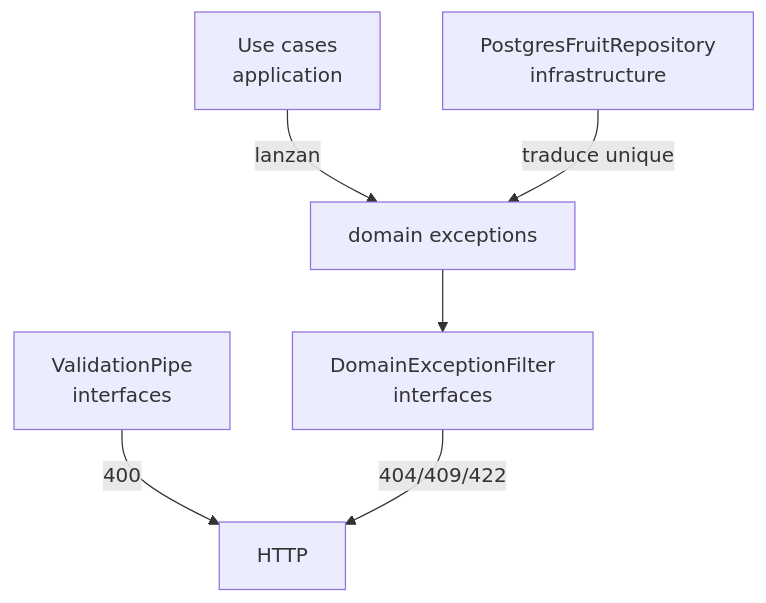
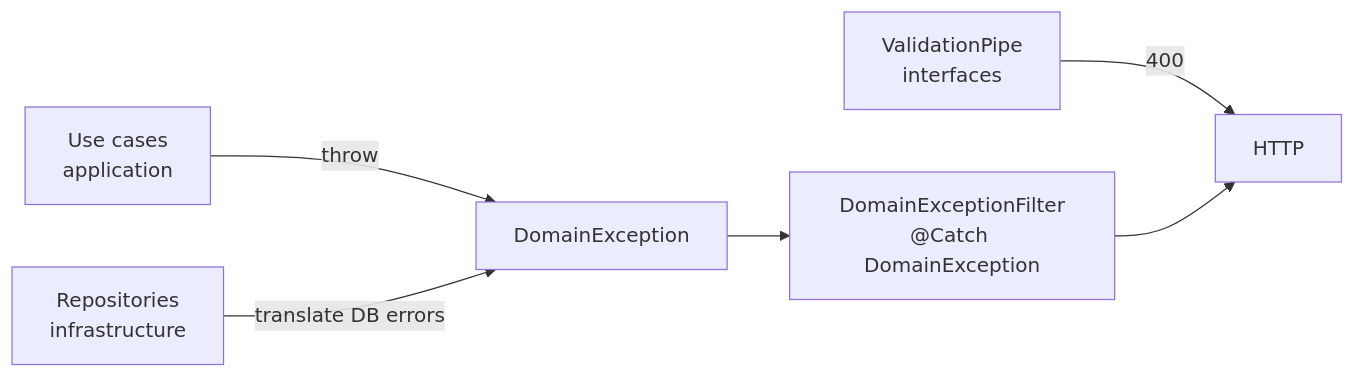
Before and after one commit to JeansCordoba/Colombian_fruits: the diagram in docs/architecture/06-domain-exceptions.md, drawn with Mermaid. The commit also changed other lines of this file and 22 other files, not shown here.

Commit message:
docs: fix wiki links, slim README, and align diagrams with standards

````diff
--- a/docs/architecture/06-domain-exceptions.md
+++ b/docs/architecture/06-domain-exceptions.md
@@ -92,7 +95,7 @@
 ```mermaid
-flowchart TB
-    VP[ValidationPipe<br/>interfaces] -->|400| HTTP
-    UC[Use cases<br/>application] -->|lanzan| DE[domain exceptions]
-    REPO[PostgresFruitRepository<br/>infrastructure] -->|traduce unique| DE
-    DE --> FILTER[DomainExceptionFilter<br/>interfaces] -->|404/409/422| HTTP
+flowchart LR
+    VP["ValidationPipe<br/>interfaces"] -->|400| HTTP
+    UC["Use cases<br/>application"] -->|throw| DE["DomainException"]
+    REPO["Repositories<br/>infrastructure"] -->|translate DB errors| DE
+    DE --> FILTER["DomainExceptionFilter<br/>@Catch DomainException"] --> HTTP
 ```
````
